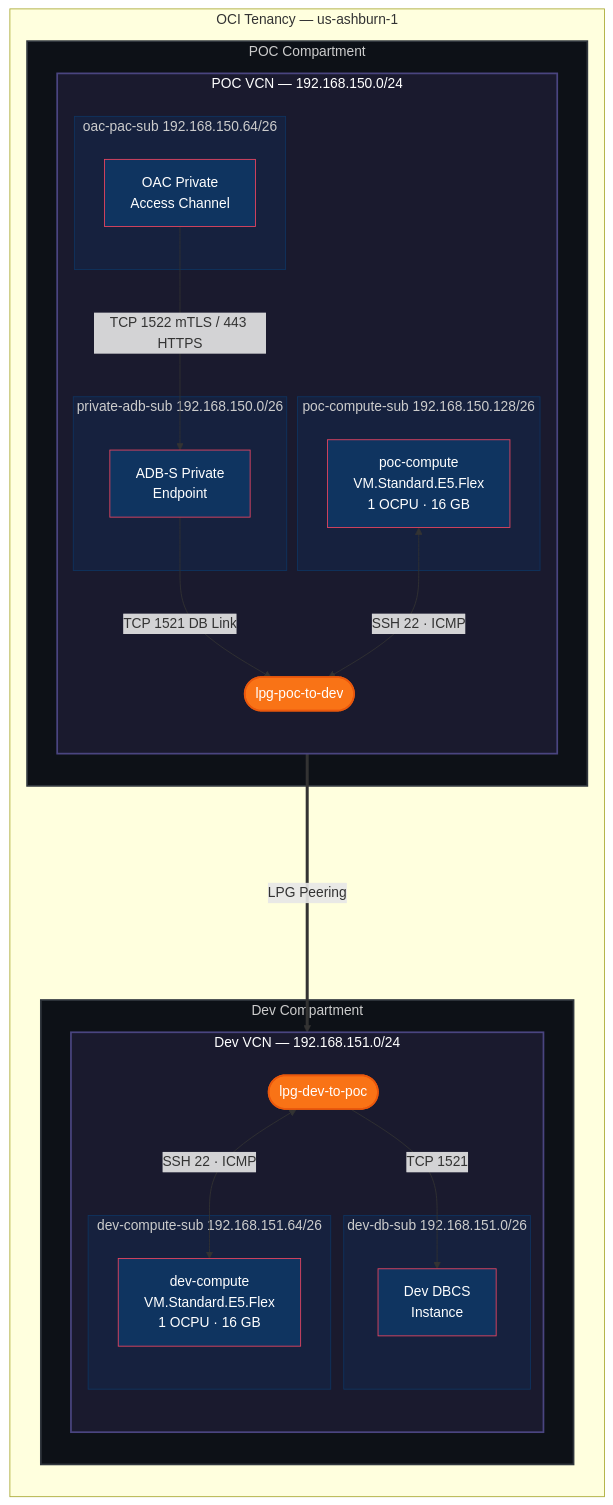
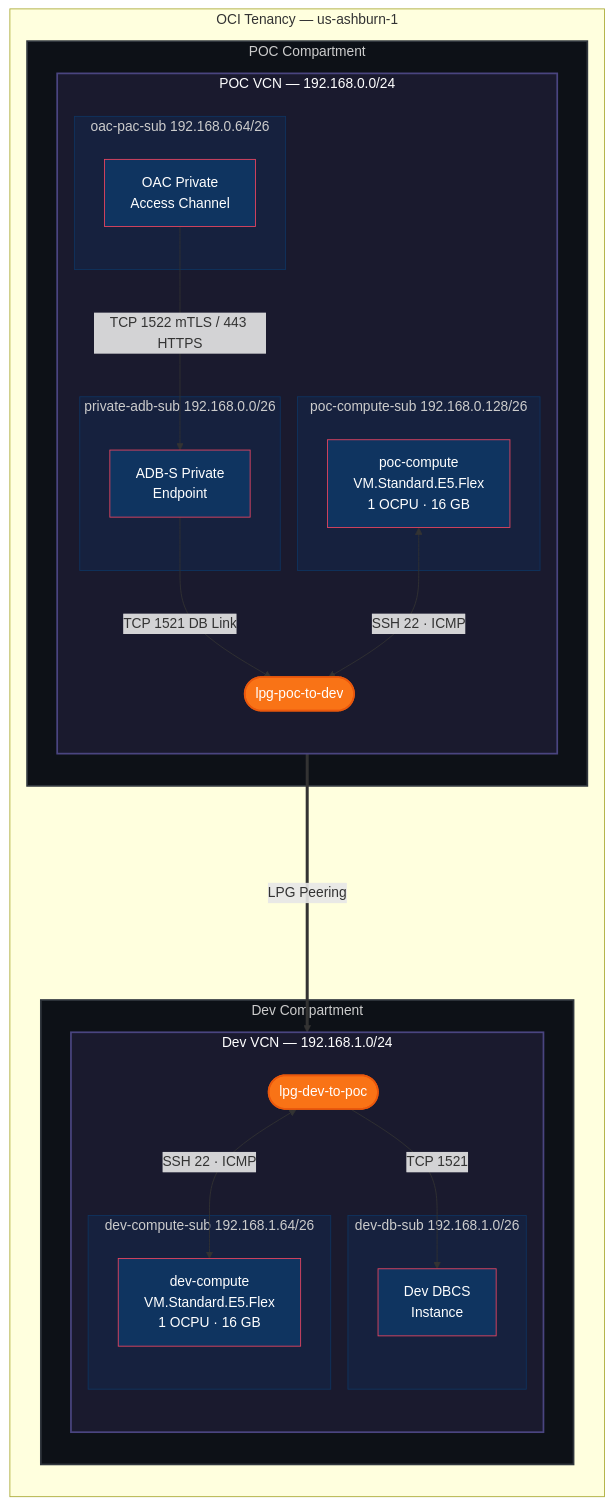
One commit to EscVector/terraform-oac-adb-private changed the diagram in README.md. Above: the diagram before and after it, drawn with Mermaid. The commit also changed other lines of this file and 4 other files, not shown here.

````diff
--- a/README.md
+++ b/README.md
@@ -7,61 +7,61 @@
 ```mermaid
 graph TB
     subgraph OCI["OCI Tenancy — us-ashburn-1"]
         direction TB
 
         subgraph POC_COMP["POC Compartment"]
-            subgraph POC_VCN["POC VCN — 192.168.150.0/24"]
+            subgraph POC_VCN["POC VCN — 192.168.0.0/24"]
                 direction TB
 
-                subgraph OAC_SUB["oac-pac-sub  192.168.150.64/26"]
+                subgraph OAC_SUB["oac-pac-sub  192.168.0.64/26"]
                     OAC["OAC Private<br/>Access Channel"]
                 end
 
-                subgraph ADB_SUB["private-adb-sub  192.168.150.0/26"]
+                subgraph ADB_SUB["private-adb-sub  192.168.0.0/26"]
                     ADB["ADB-S Private<br/>Endpoint"]
                 end
 
-                subgraph POC_COMP_SUB["poc-compute-sub  192.168.150.128/26"]
+                subgraph POC_COMP_SUB["poc-compute-sub  192.168.0.128/26"]
                     POC_VM["poc-compute<br/>VM.Standard.E5.Flex<br/>1 OCPU · 16 GB"]
                 end
 
                 LPG_POC(["lpg-poc-to-dev"])
             end
         end
 
         subgraph DEV_COMP["Dev Compartment"]
-            subgraph DEV_VCN["Dev VCN — 192.168.151.0/24"]
+            subgraph DEV_VCN["Dev VCN — 192.168.1.0/24"]
                 direction TB
 
                 LPG_DEV(["lpg-dev-to-poc"])
 
-                subgraph DEV_DB_SUB["dev-db-sub  192.168.151.0/26"]
+                subgraph DEV_DB_SUB["dev-db-sub  192.168.1.0/26"]
                     DBCS["Dev DBCS<br/>Instance"]
                 end
 
-                subgraph DEV_COMP_SUB["dev-compute-sub  192.168.151.64/26"]
+                subgraph DEV_COMP_SUB["dev-compute-sub  192.168.1.64/26"]
                     DEV_VM["dev-compute<br/>VM.Standard.E5.Flex<br/>1 OCPU · 16 GB"]
                 end
             end
         end
     end
 
     OAC -->|"TCP 1522 mTLS / 443 HTTPS"| ADB
     ADB -->|"TCP 1521 DB Link"| LPG_POC
     POC_VM <-->|"SSH 22 · ICMP"| LPG_POC
     LPG_POC ====>|"LPG Peering"| LPG_DEV
     LPG_DEV -->|"TCP 1521"| DBCS
     LPG_DEV <-->|"SSH 22 · ICMP"| DEV_VM
 
     classDef vcnStyle fill:#1a1a2e,stroke:#4A4580,stroke-width:2px,color:#fff
     classDef subnetStyle fill:#16213e,stroke:#0F3460,stroke-width:1px,color:#ccc
     classDef resourceStyle fill:#0F3460,stroke:#E94560,stroke-width:1px,color:#fff
     classDef lpgStyle fill:#F97316,stroke:#EA580C,stroke-width:2px,color:#fff
     classDef compartmentStyle fill:#0d1117,stroke:#30363d,stroke-width:2px,color:#ccc
 
     class POC_VCN,DEV_VCN vcnStyle
     class OAC_SUB,ADB_SUB,POC_COMP_SUB,DEV_DB_SUB,DEV_COMP_SUB subnetStyle
     class OAC,ADB,POC_VM,DBCS,DEV_VM resourceStyle
     class LPG_POC,LPG_DEV lpgStyle
     class POC_COMP,DEV_COMP compartmentStyle
 ```
````
